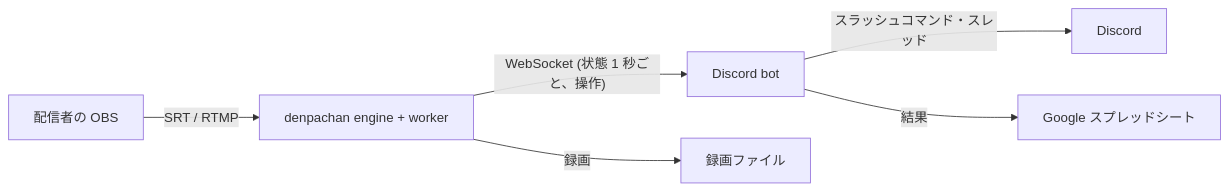
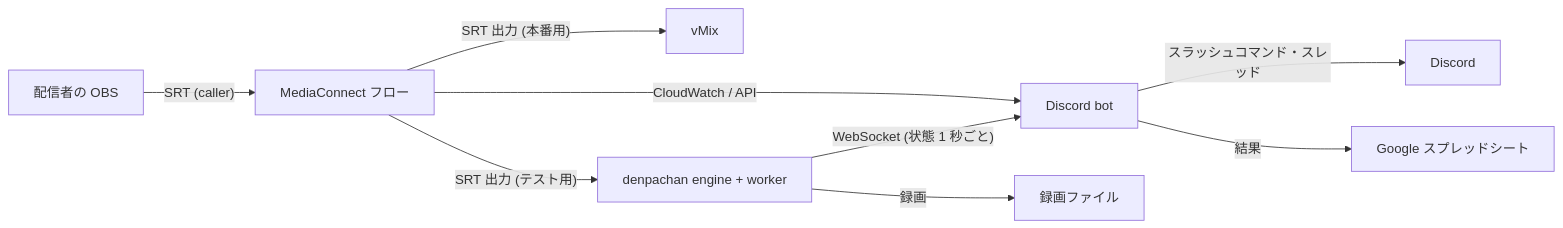
One commit to RTAinJapan/denpachan changed the diagram in docs/stream-test-automation.md. Above: the diagram before and after it, drawn with Mermaid. The commit also changed other lines of this file, not shown here.

First line of the commit message:
Design: the stream test also goes through MediaConnect

````diff
--- a/docs/stream-test-automation.md
+++ b/docs/stream-test-automation.md
@@ -32,8 +36,11 @@
 ```mermaid
 flowchart LR
-    S[配信者の OBS] -- SRT / RTMP --> E[denpachan engine + worker]
-    E -- "WebSocket (状態 1 秒ごと、操作)" --> B[Discord bot]
+    S[配信者の OBS] -- "SRT (caller)" --> M[MediaConnect フロー]
+    M -- "SRT 出力 (本番用)" --> V[vMix]
+    M -- "SRT 出力 (テスト用)" --> E[denpachan engine + worker]
+    M -- "CloudWatch / API" --> B[Discord bot]
+    E -- "WebSocket (状態 1 秒ごと)" --> B
     B -- スラッシュコマンド・スレッド --> D[Discord]
     B -- 結果 --> G[Google スプレッドシート]
     E -- 録画 --> R[録画ファイル]
 ```
````
